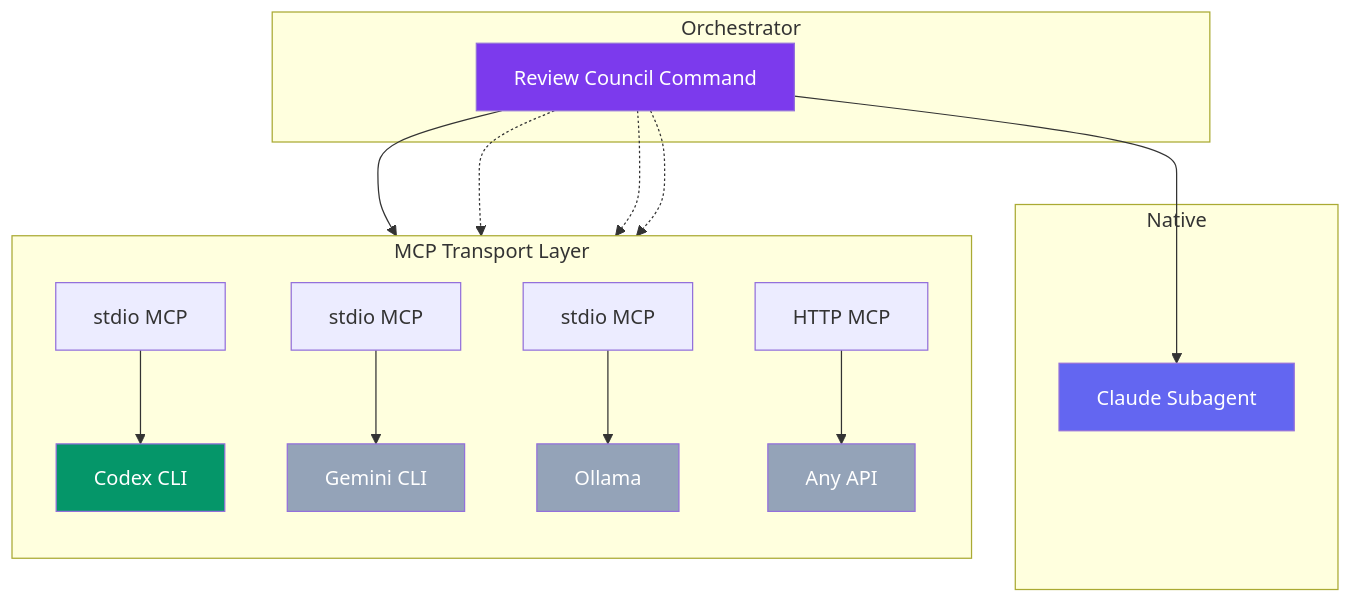
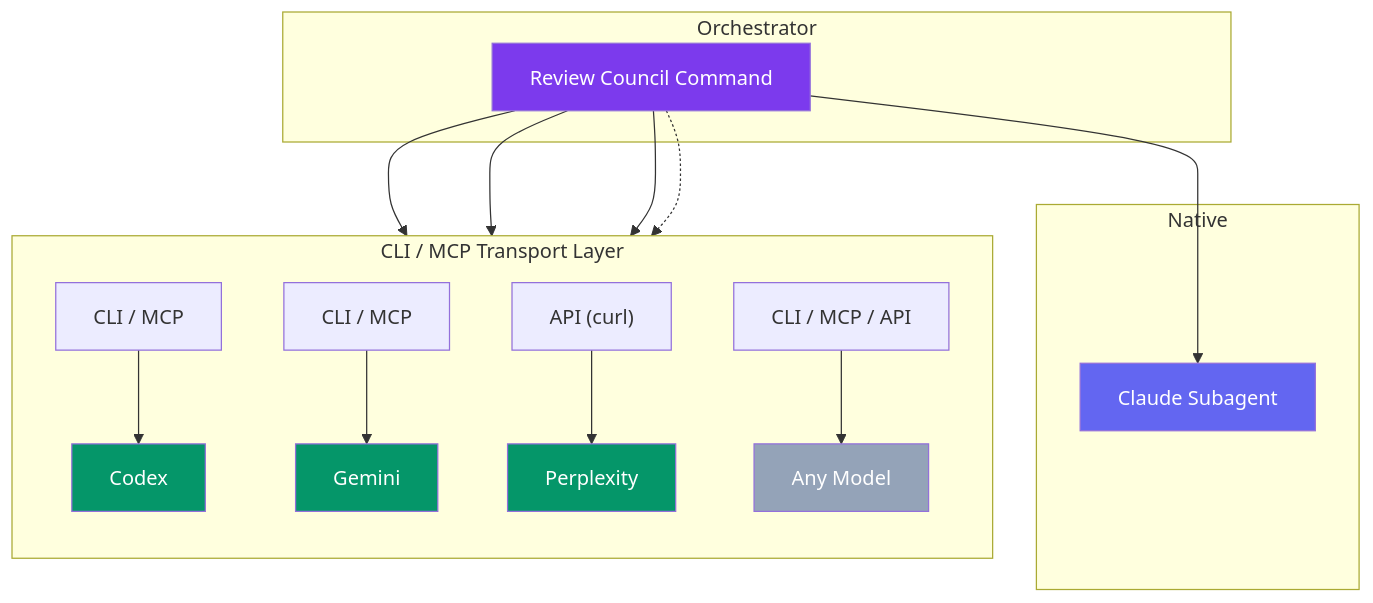
Before and after one commit to deployhq/review-council: the fifth of 5 diagrams in README.md, drawn with Mermaid. The commit also changed other lines of this file and 4 other files, not shown here.

````diff
--- a/README.md
+++ b/README.md
@@ -277,31 +277,31 @@
 ```mermaid
 graph TB
     subgraph "Orchestrator"
         O["Review Council Command"]
     end
 
     subgraph "Native"
         C["Claude Subagent"]
     end
 
-    subgraph "MCP Transport Layer"
+    subgraph "CLI / MCP Transport Layer"
         direction TB
-        S1["stdio MCP"] --> X["Codex CLI"]
-        S2["stdio MCP"] --> G["Gemini CLI"]
-        S3["stdio MCP"] --> L["Ollama"]
-        S4["HTTP MCP"] --> A["Any API"]
+        S1["CLI / MCP"] --> X["Codex"]
+        S2["CLI / MCP"] --> G["Gemini"]
+        S3["API (curl)"] --> P["Perplexity"]
+        S4["CLI / MCP / API"] --> A["Any Model"]
     end
 
     O --> C
     O --> S1
-    O -.-> S2
-    O -.-> S3
+    O --> S2
+    O --> S3
     O -.-> S4
 
     style O fill:#7c3aed,color:#fff
     style C fill:#6366f1,color:#fff
     style X fill:#059669,color:#fff
-    style G fill:#94a3b8,color:#fff
-    style L fill:#94a3b8,color:#fff
+    style G fill:#059669,color:#fff
+    style P fill:#059669,color:#fff
     style A fill:#94a3b8,color:#fff
 ```
````
